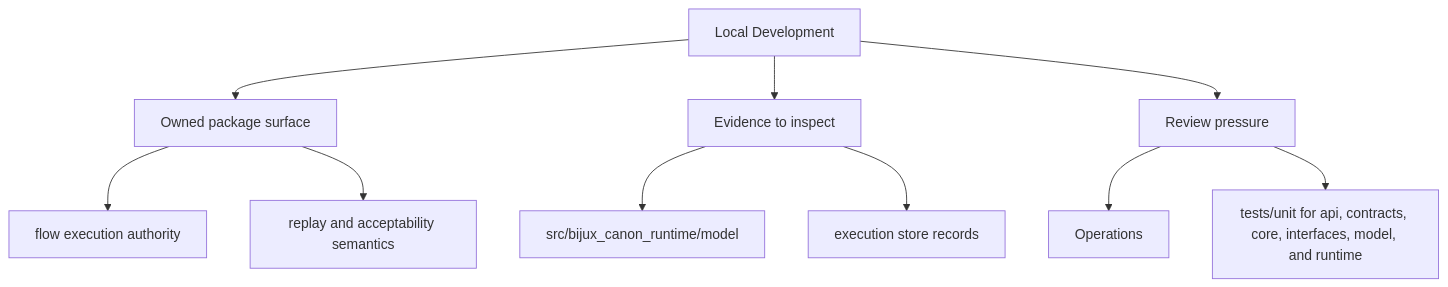
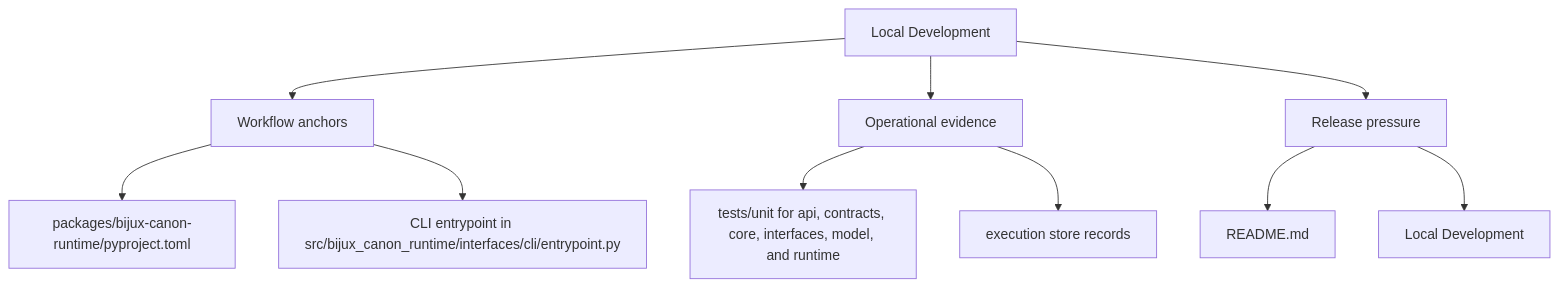
One commit to bijux/bijux-canon changed the second of 2 diagrams in docs/bijux-canon-runtime/operations/local-development.md. Above: the diagram before and after it, drawn with Mermaid. The commit also changed other lines of this file and 250 other files, not shown here.

Commit message:
docs(diagrams): make product page maps more readable

````diff
--- a/docs/bijux-canon-runtime/operations/local-development.md
+++ b/docs/bijux-canon-runtime/operations/local-development.md
@@ -35,22 +35,22 @@
 ```mermaid
 flowchart TD
     page["Local Development"]
-    focus1["Owned package surface"]
+    focus1["Workflow anchors"]
     page --> focus1
-    focus1_1["flow execution authority"]
+    focus1_1["packages/bijux-canon-runtime/pyproject.toml"]
     focus1 --> focus1_1
-    focus1_2["replay and acceptability semantics"]
+    focus1_2["CLI entrypoint in src/bijux_canon_runtime/interfaces/cli/entrypoint.py"]
     focus1 --> focus1_2
-    focus2["Evidence to inspect"]
+    focus2["Operational evidence"]
     page --> focus2
-    focus2_1["src/bijux_canon_runtime/model"]
+    focus2_1["tests/unit for api, contracts, core, interfaces, model, and runtime"]
     focus2 --> focus2_1
     focus2_2["execution store records"]
     focus2 --> focus2_2
-    focus3["Review pressure"]
+    focus3["Release pressure"]
     page --> focus3
-    focus3_1["Operations"]
+    focus3_1["README.md"]
     focus3 --> focus3_1
-    focus3_2["tests/unit for api, contracts, core, interfaces, model, and runtime"]
+    focus3_2["Local Development"]
     focus3 --> focus3_2
 ```
````
